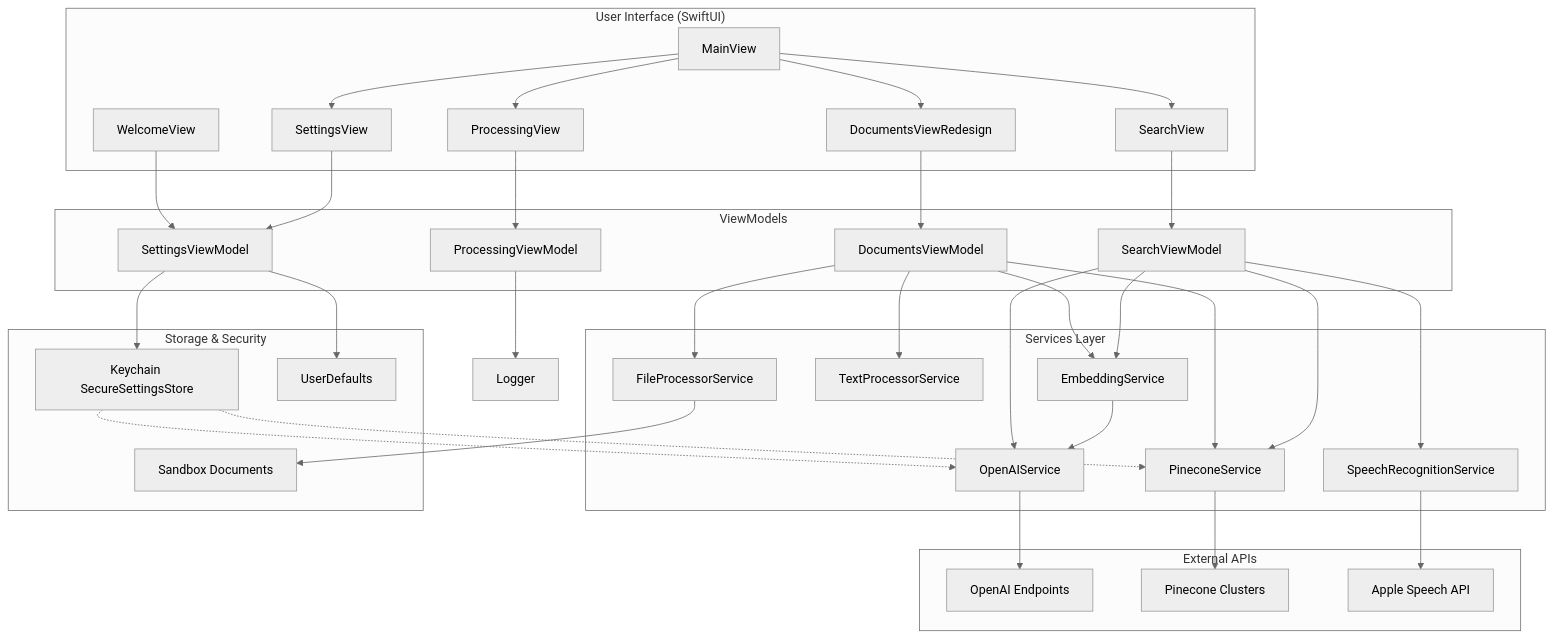
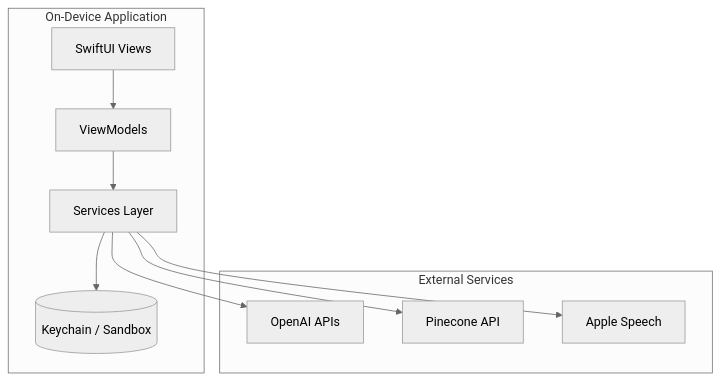
One commit to Gunnarguy/OpenCone changed the second of 4 diagrams in README.md. Above: the diagram before and after it, drawn with Mermaid (neutral theme). The commit also changed other lines of this file and 2 other files, not shown here.

````diff
--- a/README.md
+++ b/README.md
@@ -83,59 +86,13 @@
 ```mermaid
 flowchart TD
-    subgraph UI["User Interface (SwiftUI)"]
-        W[WelcomeView]
-        M[MainView]
-        DV[DocumentsViewRedesign]
-        SV[SearchView]
-        SetV[SettingsView]
-        LV[ProcessingView]
+    subgraph Device["On-Device Application"]
+        UI[SwiftUI Views] --> VM[ViewModels]
+        VM --> SVC[Services Layer]
+        SVC --> Store[(Keychain / Sandbox)]
     end
-
-    subgraph ViewModels["ViewModels"]
-        DVM[DocumentsViewModel]
-        SVM[SearchViewModel]
-        SetVM[SettingsViewModel]
-        LVM[ProcessingViewModel]
+    subgraph Cloud["External Services"]
+        SVC --> OAI[OpenAI APIs]
+        SVC --> PCN[Pinecone API]
+        SVC --> APL[Apple Speech]
     end
-
-    subgraph Services["Services Layer"]
-        FP[FileProcessorService]
-        TP[TextProcessorService]
-        ES[EmbeddingService]
-        OA[OpenAIService]
-        PC[PineconeService]
-        SR[SpeechRecognitionService]
-    end
-
-    subgraph Storage["Storage & Security"]
-        KEY[Keychain SecureSettingsStore]
-        UD[UserDefaults]
-        FILE[Sandbox Documents]
-    end
-
-    subgraph External["External APIs"]
-        OpenAI[OpenAI Endpoints]
-        Pinecone[Pinecone Clusters]
-        AppleSpeech[Apple Speech API]
-    end
-
-    %% Wiring
-    M --> DV & SV & SetV & LV
-    W --> SetVM
-    DV --> DVM
-    SV --> SVM
-    SetV --> SetVM
-    LV --> LVM
-
-    DVM --> FP & TP & ES & PC
-    SVM --> ES & PC & OA & SR
-    SetVM --> KEY & UD
-    LVM --> Logger
-
-    FP --> FILE
-    SR --> AppleSpeech
-    ES --> OA
-    OA --> OpenAI
-    PC --> Pinecone
-    KEY -.-> OA & PC
 ```
````
